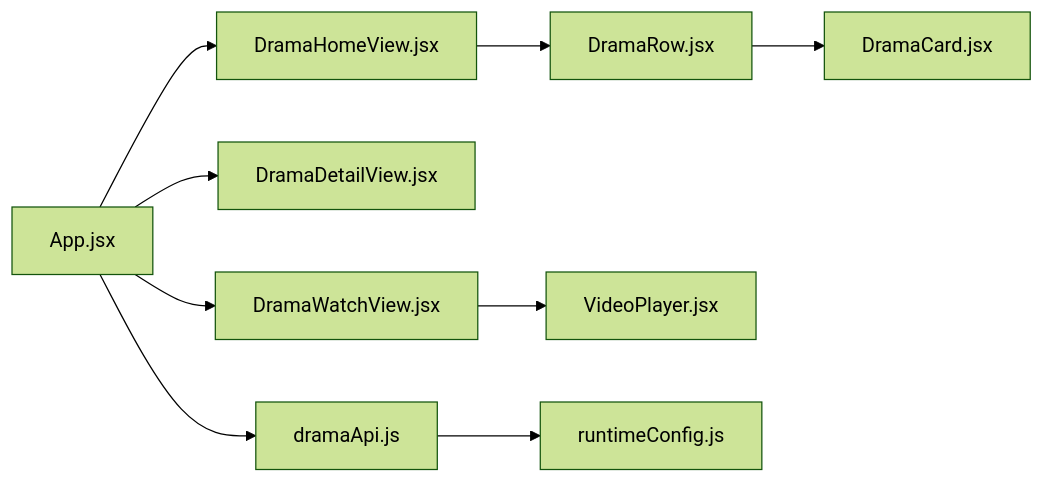
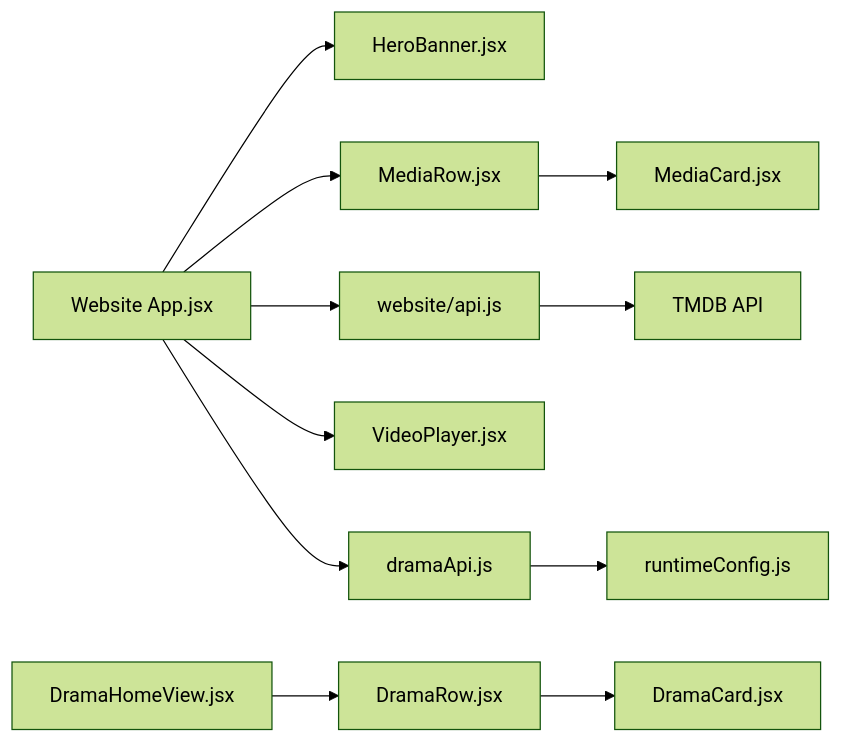
Before and after one commit to techniciansupremus-lab/Project-Anime: the third of 3 diagrams in .qoder/repowiki/en/content/Content Management/Drama Series/Drama Series.md, drawn with Mermaid (forest theme). The commit also changed other lines of this file and 101 other files, not shown here.

````diff
--- a/.qoder/repowiki/en/content/Content Management/Drama Series/Drama Series.md
+++ b/.qoder/repowiki/en/content/Content Management/Drama Series/Drama Series.md
@@ -206,11 +233,13 @@
 ```mermaid
 graph LR
-APP["App.jsx"] --> DHV["DramaHomeView.jsx"]
-APP --> DDV["DramaDetailView.jsx"]
-APP --> DWV["DramaWatchView.jsx"]
-DHV --> DR["DramaRow.jsx"]
+APP["Website App.jsx"] --> HB["HeroBanner.jsx"]
+APP --> MR["MediaRow.jsx"]
+MR --> MC["MediaCard.jsx"]
+APP --> API["website/api.js"]
+API --> TMDB["TMDB API"]
+APP --> VP["VideoPlayer.jsx"]
+DHV["DramaHomeView.jsx"] --> DR["DramaRow.jsx"]
 DR --> DC["DramaCard.jsx"]
-DWV --> VP["VideoPlayer.jsx"]
 APP --> DAPI["dramaApi.js"]
 DAPI --> RC["runtimeConfig.js"]
 ```
````
